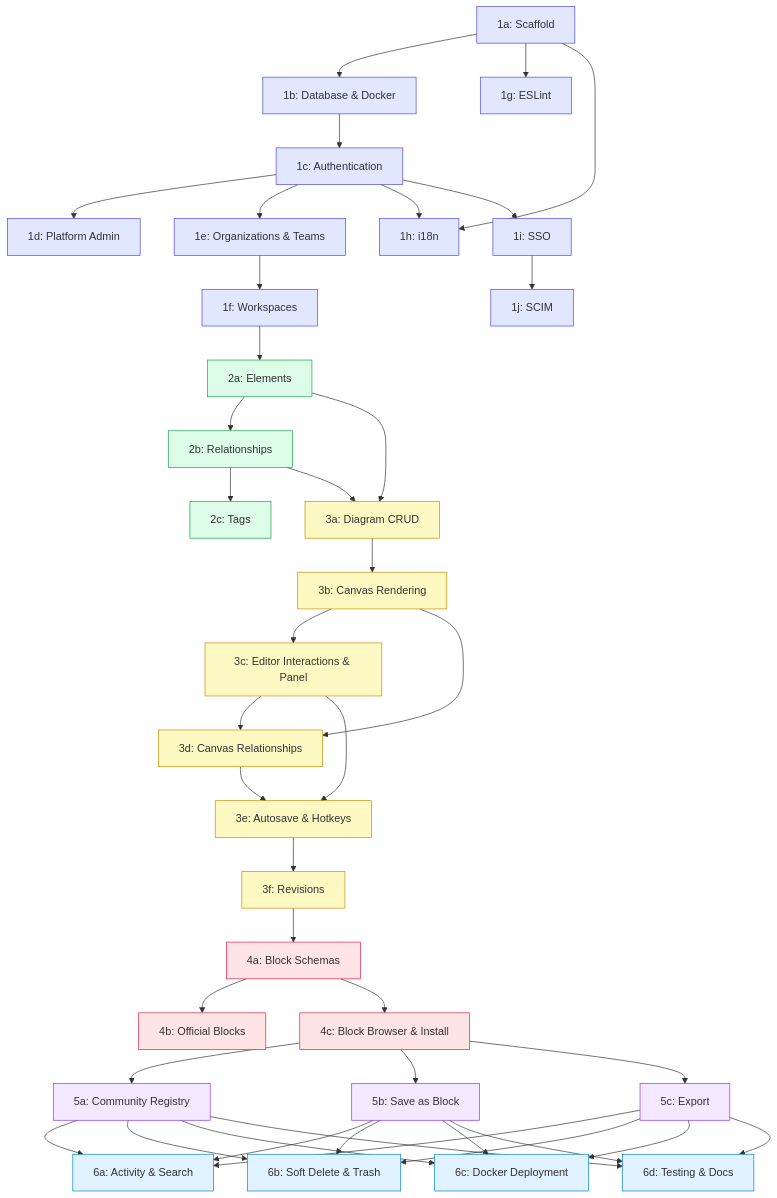
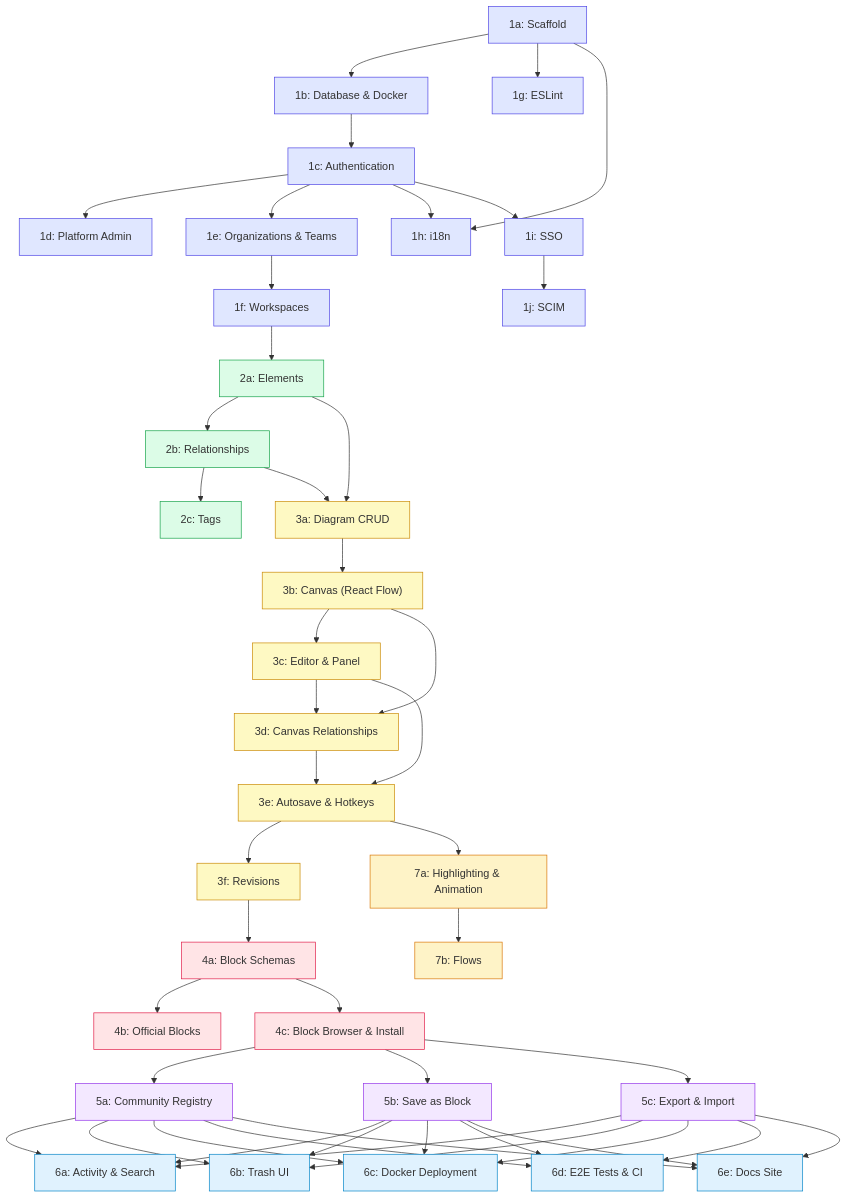
The diagram in docs/phases/README.md (rubentalstra/ArchVault), drawn with Mermaid before and after one commit. The commit also changed other lines of this file and 13 other files, not shown here.

Commit message:
feat: add connection highlighting and edge animation for flows

````diff
--- a/docs/phases/README.md
+++ b/docs/phases/README.md
@@ -39,72 +42,80 @@
 ```mermaid
 graph TD
     1a["1a: Scaffold"] --> 1b["1b: Database & Docker"]
     1b --> 1c["1c: Authentication"]
     1c --> 1d["1d: Platform Admin"]
     1c --> 1e["1e: Organizations & Teams"]
     1e --> 1f["1f: Workspaces"]
     1a --> 1g["1g: ESLint"]
     1a --> 1h["1h: i18n"]
     1c --> 1h
     1c --> 1i["1i: SSO"]
     1i --> 1j["1j: SCIM"]
     1f --> 2a["2a: Elements"]
     2a --> 2b["2b: Relationships"]
     2b --> 2c["2c: Tags"]
     2a --> 3a["3a: Diagram CRUD"]
     2b --> 3a
-    3a --> 3b["3b: Canvas Rendering"]
-    3b --> 3c["3c: Editor Interactions & Panel"]
+    3a --> 3b["3b: Canvas (React Flow)"]
+    3b --> 3c["3c: Editor & Panel"]
     3b --> 3d["3d: Canvas Relationships"]
     3c --> 3d
     3c --> 3e["3e: Autosave & Hotkeys"]
     3d --> 3e
     3e --> 3f["3f: Revisions"]
+    3e --> 7a["7a: Highlighting & Animation"]
+    7a --> 7b["7b: Flows"]
     3f --> 4a["4a: Block Schemas"]
     4a --> 4b["4b: Official Blocks"]
     4a --> 4c["4c: Block Browser & Install"]
     4c --> 5a["5a: Community Registry"]
     4c --> 5b["5b: Save as Block"]
-    4c --> 5c["5c: Export"]
+    4c --> 5c["5c: Export & Import"]
     5a --> 6a["6a: Activity & Search"]
     5b --> 6a
     5c --> 6a
-    5a --> 6b["6b: Soft Delete & Trash"]
+    5a --> 6b["6b: Trash UI"]
     5b --> 6b
     5c --> 6b
     5a --> 6c["6c: Docker Deployment"]
     5b --> 6c
     5c --> 6c
-    5a --> 6d["6d: Testing & Docs"]
+    5a --> 6d["6d: E2E Tests & CI"]
     5b --> 6d
     5c --> 6d
-    style 1a fill: #e0e7ff, stroke: #4f46e5
-    style 1b fill: #e0e7ff, stroke: #4f46e5
-    style 1c fill: #e0e7ff, stroke: #4f46e5
-    style 1d fill: #e0e7ff, stroke: #4f46e5
-    style 1e fill: #e0e7ff, stroke: #4f46e5
-    style 1f fill: #e0e7ff, stroke: #4f46e5
-    style 1g fill: #e0e7ff, stroke: #4f46e5
-    style 1h fill: #e0e7ff, stroke: #4f46e5
-    style 1i fill: #e0e7ff, stroke: #4f46e5
-    style 1j fill: #e0e7ff, stroke: #4f46e5
-    style 2a fill: #dcfce7, stroke: #16a34a
-    style 2b fill: #dcfce7, stroke: #16a34a
-    style 2c fill: #dcfce7, stroke: #16a34a
-    style 3a fill: #fef9c3, stroke: #ca8a04
-    style 3b fill: #fef9c3, stroke: #ca8a04
-    style 3c fill: #fef9c3, stroke: #ca8a04
-    style 3d fill: #fef9c3, stroke: #ca8a04
-    style 3e fill: #fef9c3, stroke: #ca8a04
-    style 3f fill: #fef9c3, stroke: #ca8a04
-    style 4a fill: #ffe4e6, stroke: #e11d48
-    style 4b fill: #ffe4e6, stroke: #e11d48
-    style 4c fill: #ffe4e6, stroke: #e11d48
-    style 5a fill: #f3e8ff, stroke: #9333ea
-    style 5b fill: #f3e8ff, stroke: #9333ea
-    style 5c fill: #f3e8ff, stroke: #9333ea
-    style 6a fill: #e0f2fe, stroke: #0284c7
-    style 6b fill: #e0f2fe, stroke: #0284c7
-    style 6c fill: #e0f2fe, stroke: #0284c7
-    style 6d fill: #e0f2fe, stroke: #0284c7
+    5a --> 6e["6e: Docs Site"]
+    5b --> 6e
+    5c --> 6e
+    style 1a fill:#e0e7ff,stroke:#4f46e5
+    style 1b fill:#e0e7ff,stroke:#4f46e5
+    style 1c fill:#e0e7ff,stroke:#4f46e5
+    style 1d fill:#e0e7ff,stroke:#4f46e5
+    style 1e fill:#e0e7ff,stroke:#4f46e5
+    style 1f fill:#e0e7ff,stroke:#4f46e5
+    style 1g fill:#e0e7ff,stroke:#4f46e5
+    style 1h fill:#e0e7ff,stroke:#4f46e5
+    style 1i fill:#e0e7ff,stroke:#4f46e5
+    style 1j fill:#e0e7ff,stroke:#4f46e5
+    style 2a fill:#dcfce7,stroke:#16a34a
+    style 2b fill:#dcfce7,stroke:#16a34a
+    style 2c fill:#dcfce7,stroke:#16a34a
+    style 3a fill:#fef9c3,stroke:#ca8a04
+    style 3b fill:#fef9c3,stroke:#ca8a04
+    style 3c fill:#fef9c3,stroke:#ca8a04
+    style 3d fill:#fef9c3,stroke:#ca8a04
+    style 3e fill:#fef9c3,stroke:#ca8a04
+    style 3f fill:#fef9c3,stroke:#ca8a04
+    style 4a fill:#ffe4e6,stroke:#e11d48
+    style 4b fill:#ffe4e6,stroke:#e11d48
+    style 4c fill:#ffe4e6,stroke:#e11d48
+    style 5a fill:#f3e8ff,stroke:#9333ea
+    style 5b fill:#f3e8ff,stroke:#9333ea
+    style 5c fill:#f3e8ff,stroke:#9333ea
+    style 6a fill:#e0f2fe,stroke:#0284c7
+    style 6b fill:#e0f2fe,stroke:#0284c7
+    style 6c fill:#e0f2fe,stroke:#0284c7
+    style 6d fill:#e0f2fe,stroke:#0284c7
+    style 6e fill:#e0f2fe,stroke:#0284c7
+    style 7a fill:#fef3c7,stroke:#d97706
+    style 7b fill:#fef3c7,stroke:#d97706
 ```
````
